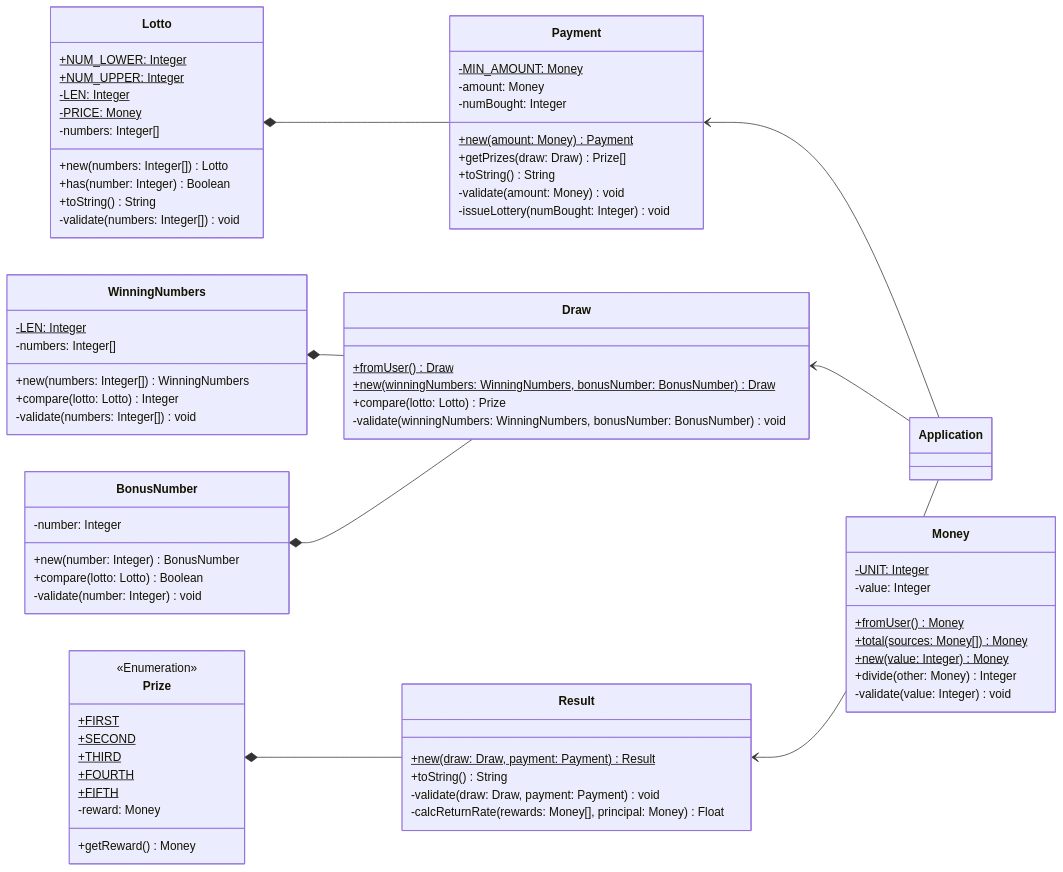
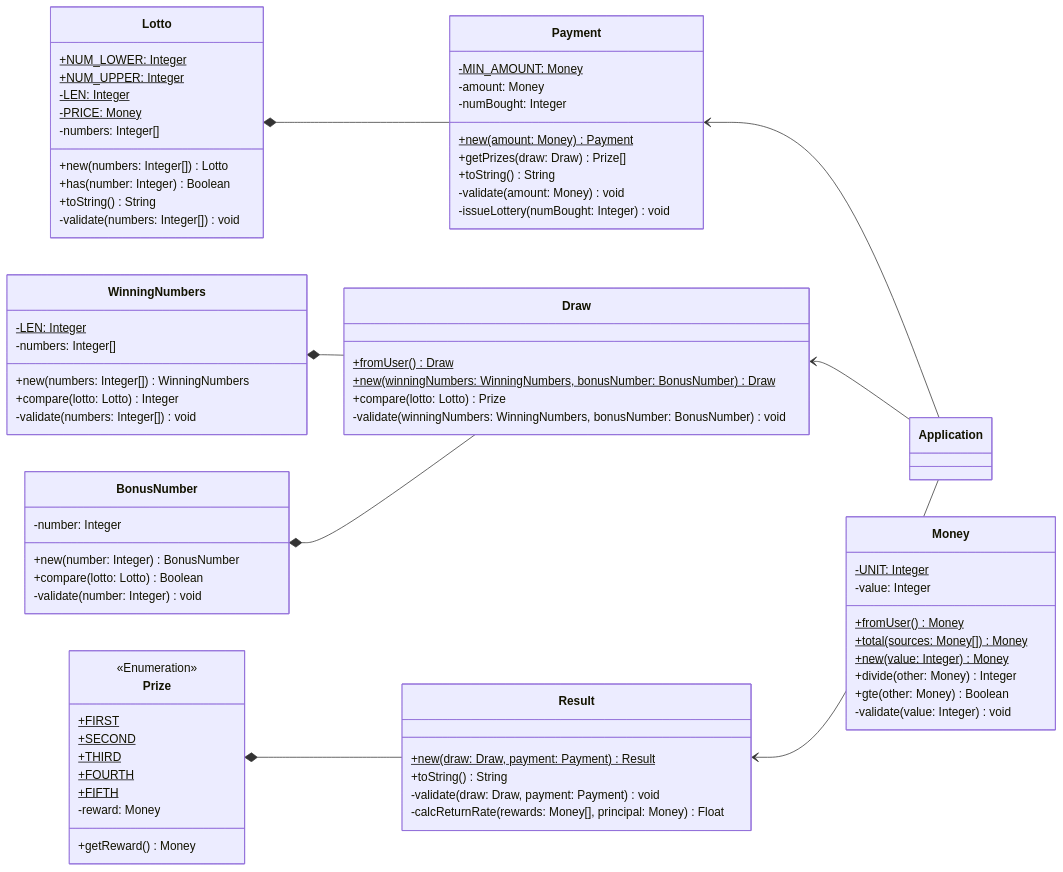
The sixth of 6 diagrams in docs/README.md (gdsc-konkuk/23-24_study_2nd_java-lotto-6), drawn with Mermaid before and after one commit. The commit also changed other lines of this file and 6 other files, not shown here.

```diff
--- a/docs/README.md
+++ b/docs/README.md
@@ -320,6 +321,7 @@
         +total(sources: Money[]) Money$
         +new(value: Integer) Money$
         +divide(other: Money) Integer
+        +gte(other: Money) Boolean
         -validate(value: Integer) void
     }
 
```
